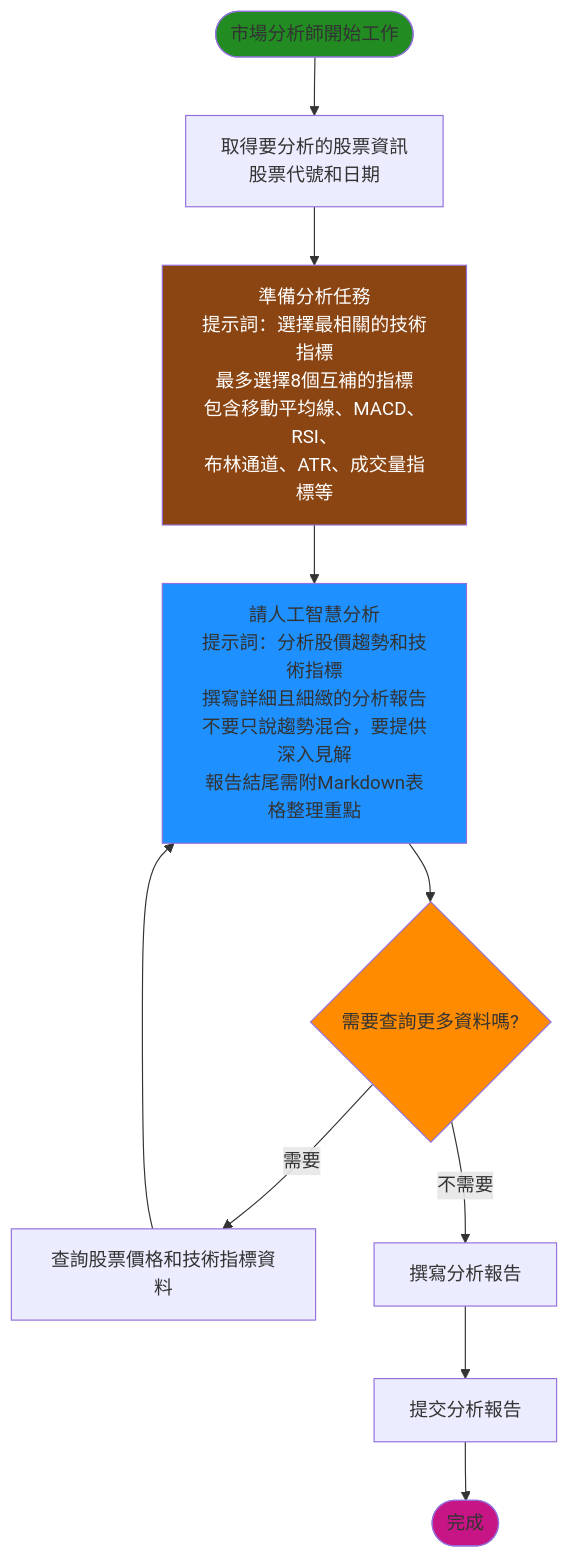
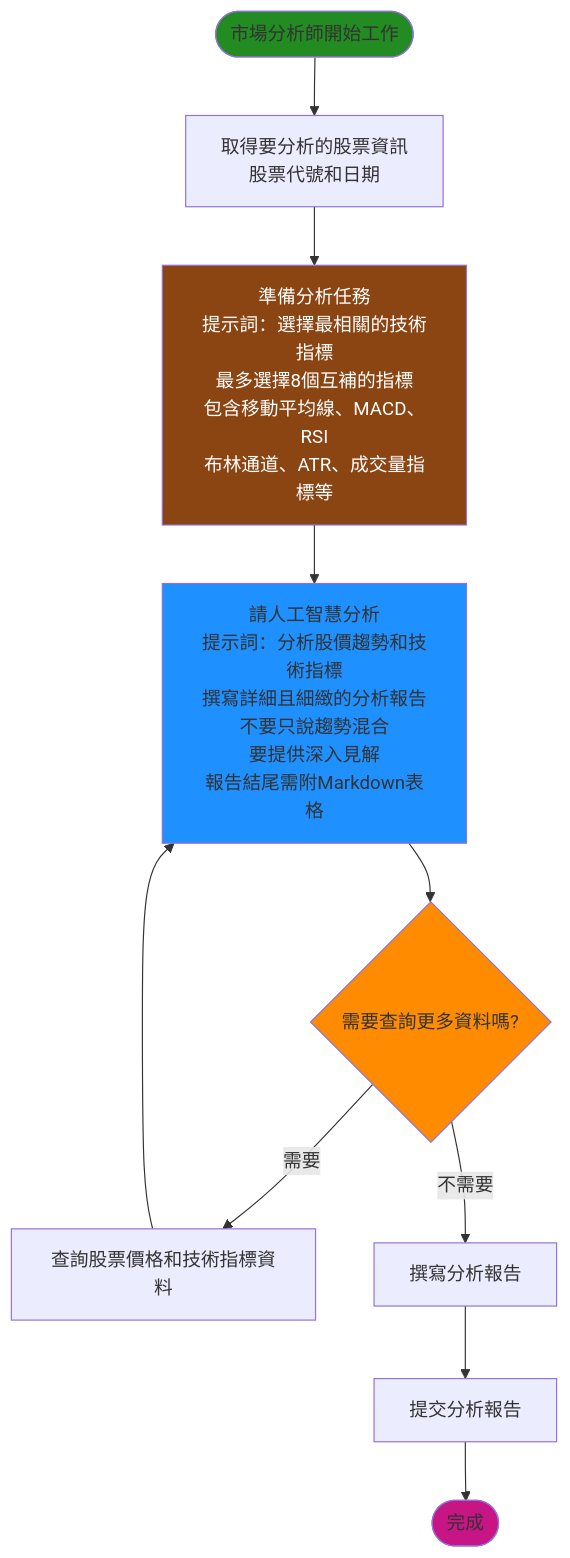
The fourth of 9 diagrams in 流程圖_簡化.md (chitienshih-wq/Git_Test), drawn with Mermaid before and after one commit. The commit also changed other lines of this file, not shown here.

````diff
--- a/流程圖_簡化.md
+++ b/流程圖_簡化.md
@@ -104,24 +104,24 @@
 ```mermaid
 flowchart TD
     Start([市場分析師開始工作]) --> GetInfo[取得要分析的股票資訊<br/>股票代號和日期]
     
-    GetInfo --> PrepareTask[準備分析任務<br/>提示詞：選擇最相關的技術指標<br/>最多選擇8個互補的指標<br/>包含移動平均線、MACD、RSI、<br/>布林通道、ATR、成交量指標等]
+    GetInfo --> PrepareTask[準備分析任務<br/>提示詞：選擇最相關的技術指標<br/>最多選擇8個互補的指標<br/>包含移動平均線、MACD、RSI<br/>布林通道、ATR、成交量指標等]
     
-    PrepareTask --> AskAI[請人工智慧分析<br/>提示詞：分析股價趨勢和技術指標<br/>撰寫詳細且細緻的分析報告<br/>不要只說趨勢混合，要提供深入見解<br/>報告結尾需附Markdown表格整理重點]
+    PrepareTask --> AskAI[請人工智慧分析<br/>提示詞：分析股價趨勢和技術指標<br/>撰寫詳細且細緻的分析報告<br/>不要只說趨勢混合<br/>要提供深入見解<br/>報告結尾需附Markdown表格]
     
     AskAI --> CheckNeedData{需要查詢更多資料嗎?}
     
     CheckNeedData -->|需要| QueryData[查詢股票價格和技術指標資料]
     CheckNeedData -->|不需要| WriteReport[撰寫分析報告]
     
     QueryData --> AskAI
     
     WriteReport --> Return[提交分析報告]
     Return --> End([完成])
     
     style Start fill:#228B22
     style End fill:#C71585
     style CheckNeedData fill:#FF8C00
     style AskAI fill:#1E90FF
     style PrepareTask fill:#8B4513,color:#FFFFFF
 ```
````
